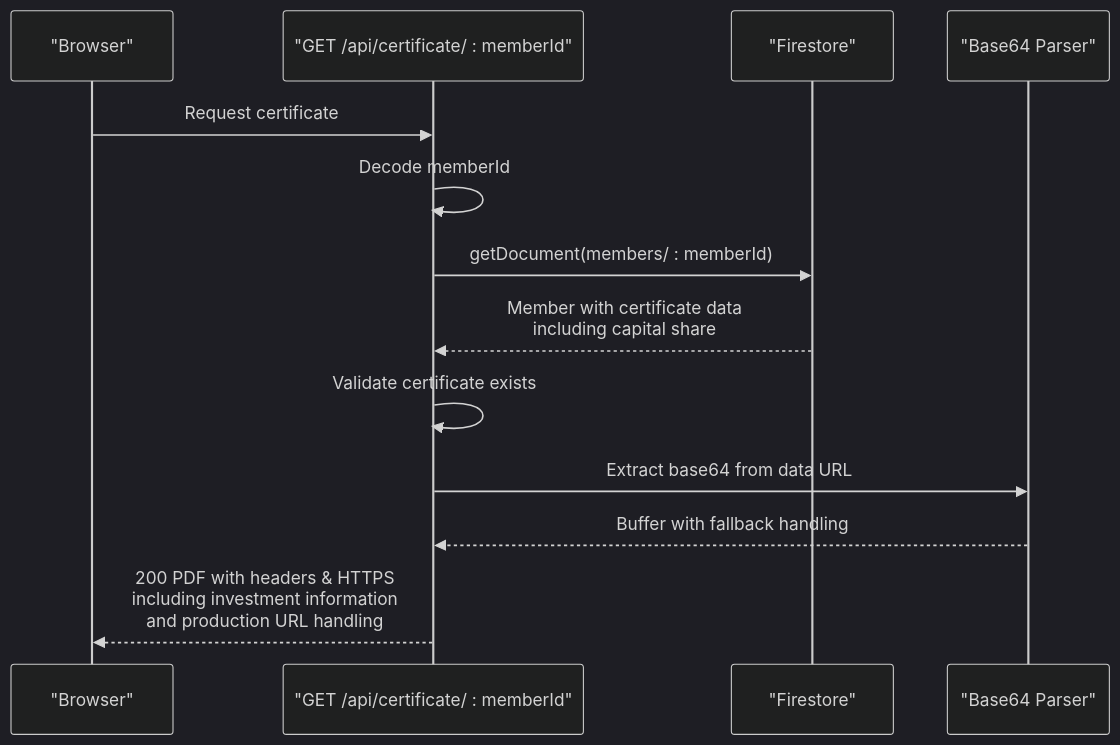
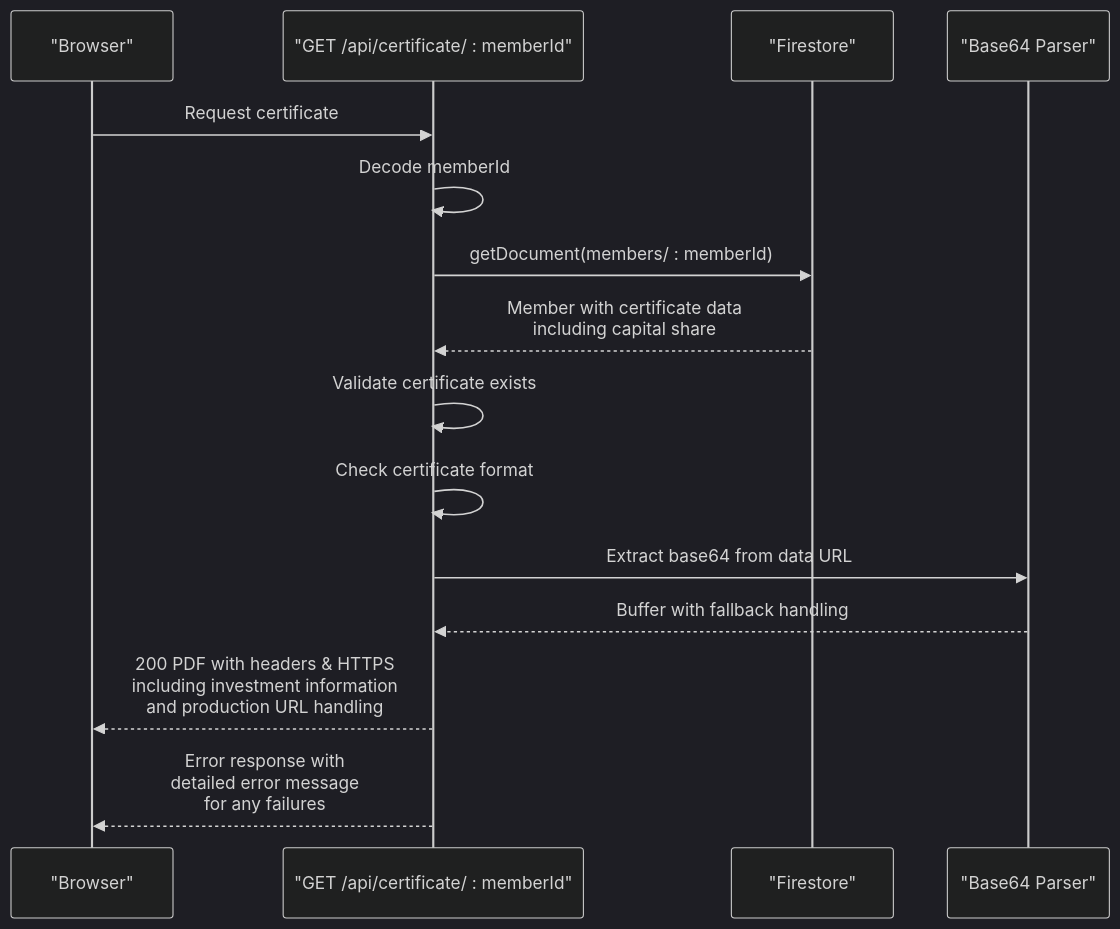
Before and after one commit to Unsure-bry/sampacoop_system: the fifth of 7 diagrams in .qoder/repowiki/en/content/Email & Notification System/Certificate Generation System.md, drawn with Mermaid (dark theme). The commit also changed other lines of this file and 9 other files, not shown here.

````diff
--- a/.qoder/repowiki/en/content/Email & Notification System/Certificate Generation System.md
+++ b/.qoder/repowiki/en/content/Email & Notification System/Certificate Generation System.md
@@ -373,15 +410,17 @@
 ```mermaid
 sequenceDiagram
 participant Client as "Browser"
 participant API as "GET /api/certificate/ : memberId"
 participant FS as "Firestore"
 participant Util as "Base64 Parser"
 Client->>API : Request certificate
 API->>API : Decode memberId
 API->>FS : getDocument(members/ : memberId)
 FS-->>API : Member with certificate data<br/>including capital share
 API->>API : Validate certificate exists
+API->>API : Check certificate format
 API->>Util : Extract base64 from data URL
 Util-->>API : Buffer with fallback handling
 API-->>Client : 200 PDF with headers & HTTPS<br/>including investment information<br/>and production URL handling
+API-->>Client : Error response with<br/>detailed error message<br/>for any failures
 ```
````
